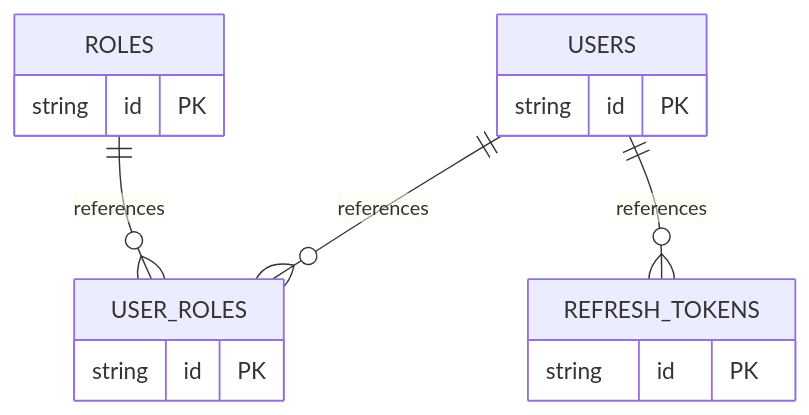
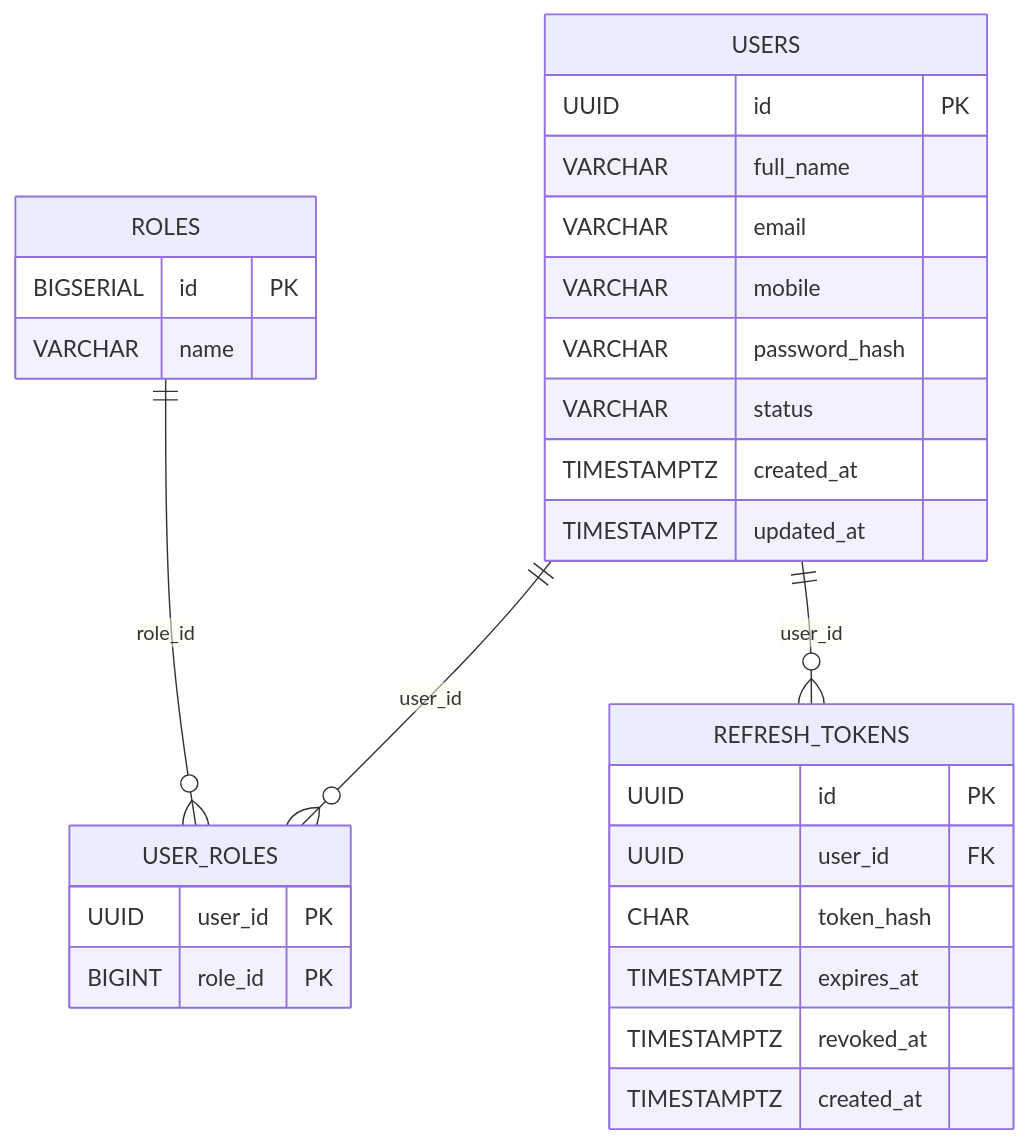
The third of 3 diagrams in docs/architecture-kt/README.md (bv-prasanna/jnapanam-sports-zone), drawn with Mermaid before and after one commit.

Commit message:
docs: replace illustrative ER ids with SQL-derived baseline fields and keys

````diff
--- a/docs/architecture-kt/README.md
+++ b/docs/architecture-kt/README.md
@@ -31,18 +31,32 @@
 ```mermaid
 erDiagram
     ROLES {
-        string id PK
+        BIGSERIAL id PK
+        VARCHAR name
     }
     USERS {
-        string id PK
+        UUID id PK
+        VARCHAR full_name
+        VARCHAR email
+        VARCHAR mobile
+        VARCHAR password_hash
+        VARCHAR status
+        TIMESTAMPTZ created_at
+        TIMESTAMPTZ updated_at
     }
     USER_ROLES {
-        string id PK
+        UUID user_id PK
+        BIGINT role_id PK
     }
     REFRESH_TOKENS {
-        string id PK
+        UUID id PK
+        UUID user_id FK
+        CHAR token_hash
+        TIMESTAMPTZ expires_at
+        TIMESTAMPTZ revoked_at
+        TIMESTAMPTZ created_at
     }
-    USERS ||--o{ USER_ROLES : references
-    ROLES ||--o{ USER_ROLES : references
-    USERS ||--o{ REFRESH_TOKENS : references
+    USERS ||--o{ USER_ROLES : user_id
+    ROLES ||--o{ USER_ROLES : role_id
+    USERS ||--o{ REFRESH_TOKENS : user_id
 ```
````
